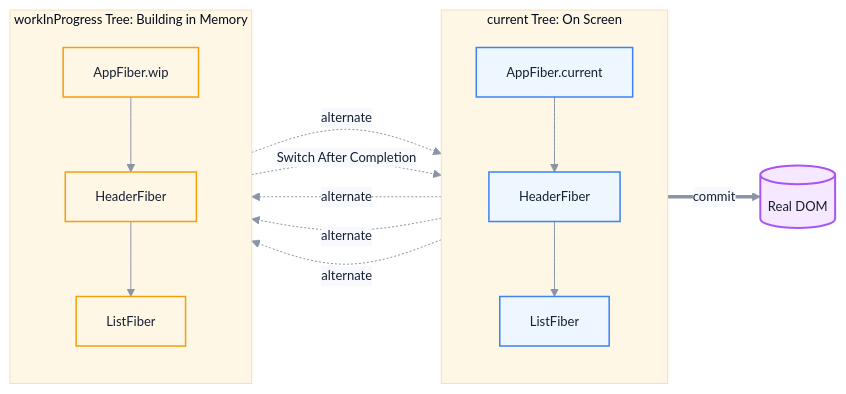
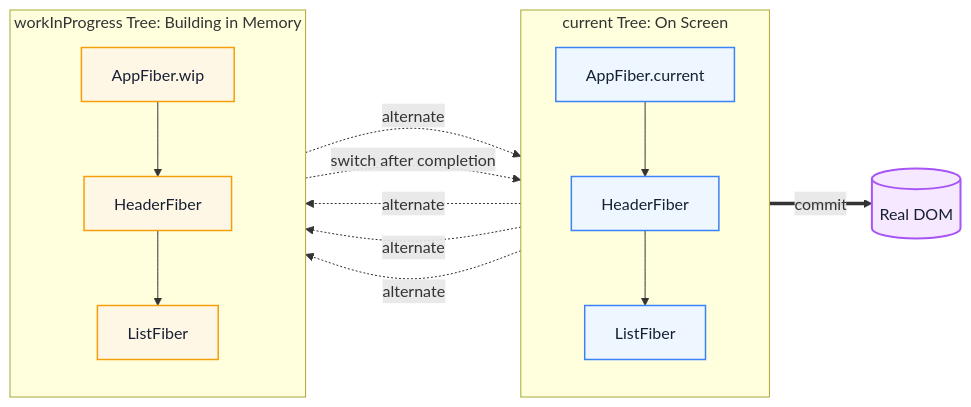
Before and after one commit to Fatejian/frontier-vault: the third of 7 diagrams in docs/en/frameworks/react-fiber.md, drawn with Mermaid. The commit also changed other lines of this file and 41 other files, not shown here.

````diff
--- a/docs/en/frameworks/react-fiber.md
+++ b/docs/en/frameworks/react-fiber.md
@@ -318,35 +289,34 @@
 ```mermaid
-%%{init: {'theme': 'base', 'themeVariables': { 'fontFamily': 'Inter, PingFang SC, Microsoft YaHei, sans-serif', 'primaryColor': '#EEF6FF', 'primaryTextColor': '#172033', 'primaryBorderColor': '#6EA8FE', 'lineColor': '#8A94A6', 'secondaryColor': '#F7F9FC', 'tertiaryColor': '#FFF7E6', 'fontSize': '13px'}}}%%
 flowchart LR
     subgraph Current["current Tree: On Screen"]
         direction TB
         C1["AppFiber.current"]
         C2["HeaderFiber"]
         C3["ListFiber"]
         C1 --> C2 --> C3
     end
 
     subgraph WIP["workInProgress Tree: Building in Memory"]
         direction TB
         W1["AppFiber.wip"]
         W2["HeaderFiber"]
         W3["ListFiber"]
         W1 --> W2 --> W3
     end
 
     C1 -.alternate.-> W1
     W1 -.alternate.-> C1
     C2 -.alternate.-> W2
     C3 -.alternate.-> W3
 
     C3 ==>|commit| DOM[("Real DOM")]
-    W3 -."Switch After Completion".-> C3
+    W3 -.switch after completion.-> C3
 
-    classDef current fill:#EEF6FF,stroke:#3B82F6,color:#172033,stroke-width:1.5px;
-    classDef wip fill:#FFF7E6,stroke:#F59E0B,color:#172033,stroke-width:1.5px;
-    classDef dom fill:#F5E8FF,stroke:#A855F7,color:#172033,stroke-width:2px;
+    classDef wait fill:#EEF6FF,stroke:#3B82F6,color:#172033,stroke-width:1.5px;
+    classDef block fill:#FFF7E6,stroke:#F59E0B,color:#172033,stroke-width:1.5px;
+    classDef metric fill:#F5E8FF,stroke:#A855F7,color:#172033,stroke-width:2px;
 
-    class C1,C2,C3 current;
-    class W1,W2,W3 wip;
-    class DOM dom;
+    class C1,C2,C3 wait;
+    class W1,W2,W3 block;
+    class DOM metric;
 ```
````
